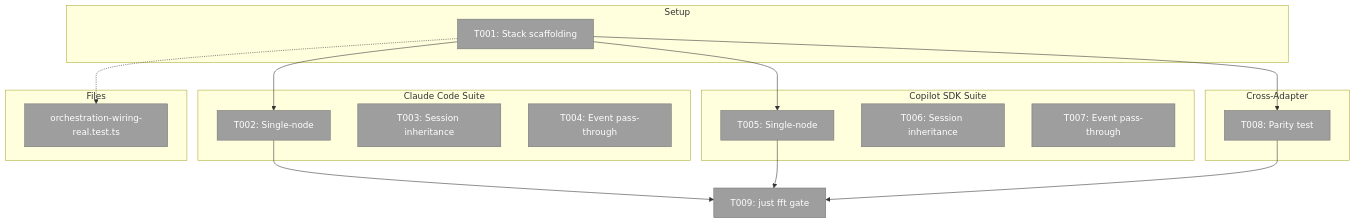
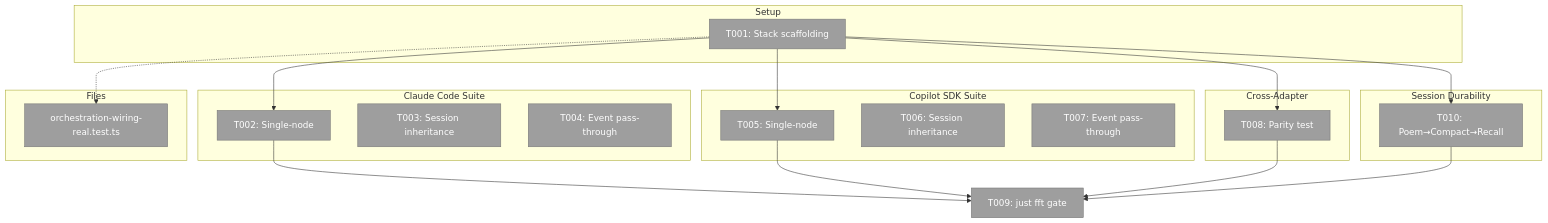
Before and after one commit to AI-Substrate/chainglass: the diagram in docs/plans/035-agent-orchestration-wiring/tasks/phase-4-real-agent-wiring-integration-tests/tasks.md, drawn with Mermaid. The commit also changed other lines of this file and 1 other file, not shown here.

Commit message:
Add T010 to Phase 4 dossier, add same-instance assertion to Workshop 02
- T010: multi-turn session durability (poem→compact→recall) per Workshop 02
- Workshop 02: assert same-instance guarantee via getWithSessionId
- Use podManager.getSessionId + getWithSessionId for test isolation
- Phase 4 now has 10 tasks (T001-T010)

````diff
--- a/docs/plans/035-agent-orchestration-wiring/tasks/phase-4-real-agent-wiring-integration-tests/tasks.md
+++ b/docs/plans/035-agent-orchestration-wiring/tasks/phase-4-real-agent-wiring-integration-tests/tasks.md
@@ -86,40 +86,46 @@
 ```mermaid
 flowchart TD
     classDef pending fill:#9E9E9E,stroke:#757575,color:#fff
     classDef completed fill:#4CAF50,stroke:#388E3C,color:#fff
 
     subgraph Setup["Setup"]
         T001["T001: Stack scaffolding"]:::pending
     end
 
     subgraph Claude["Claude Code Suite"]
         T002["T002: Single-node"]:::pending
         T003["T003: Session inheritance"]:::pending
         T004["T004: Event pass-through"]:::pending
     end
 
     subgraph Copilot["Copilot SDK Suite"]
         T005["T005: Single-node"]:::pending
         T006["T006: Session inheritance"]:::pending
         T007["T007: Event pass-through"]:::pending
     end
 
     subgraph Parity["Cross-Adapter"]
         T008["T008: Parity test"]:::pending
     end
 
+    subgraph Durability["Session Durability"]
+        T010["T010: Poem→Compact→Recall"]:::pending
+    end
+
     T009["T009: just fft gate"]:::pending
 
     T001 --> T002
     T001 --> T005
     T001 --> T008
+    T001 --> T010
     T002 --> T009
     T005 --> T009
     T008 --> T009
+    T010 --> T009
 
     subgraph Files["Files"]
         F1["orchestration-wiring-real.test.ts"]:::pending
     end
 
     T001 -.-> F1
 ```
````
